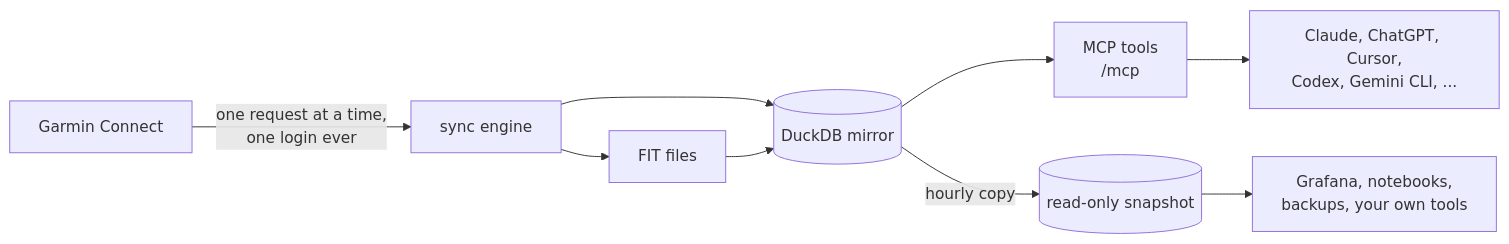
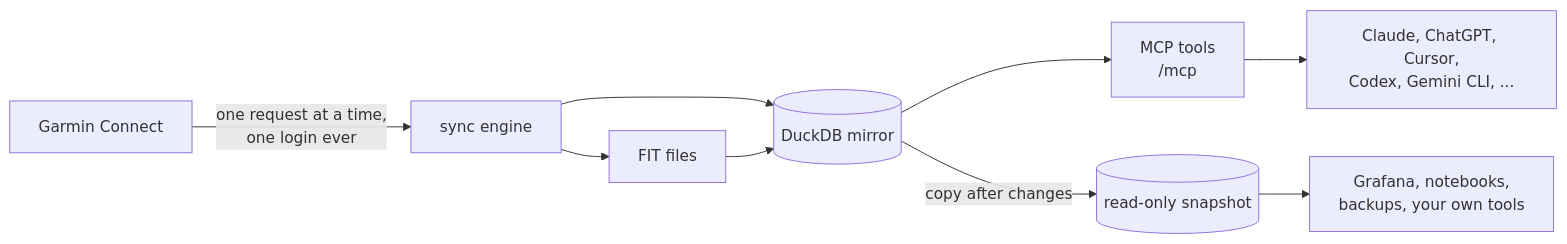
One commit to justmytwospence/garmin-mcp changed the diagram in README.md. Above: the diagram before and after it, drawn with Mermaid. The commit also changed 8 other files, not shown here.

Commit message:
perf: publish the snapshot 15 min after a new activity and 6 h after other changes, not hourly

````diff
--- a/README.md
+++ b/README.md
@@ -19,10 +19,10 @@
 ```mermaid
 flowchart LR
     G[Garmin Connect] -->|one request at a time,<br/>one login ever| S[sync engine]
     S --> M[(DuckDB mirror)]
     S --> F[FIT files] --> M
     M --> T[MCP tools<br/>/mcp]
-    M -->|hourly copy| P[(read-only snapshot)]
+    M -->|copy after changes| P[(read-only snapshot)]
     T --> C[Claude, ChatGPT, Cursor,<br/>Codex, Gemini CLI, ...]
     P --> X[Grafana, notebooks,<br/>backups, your own tools]
 ```
````
